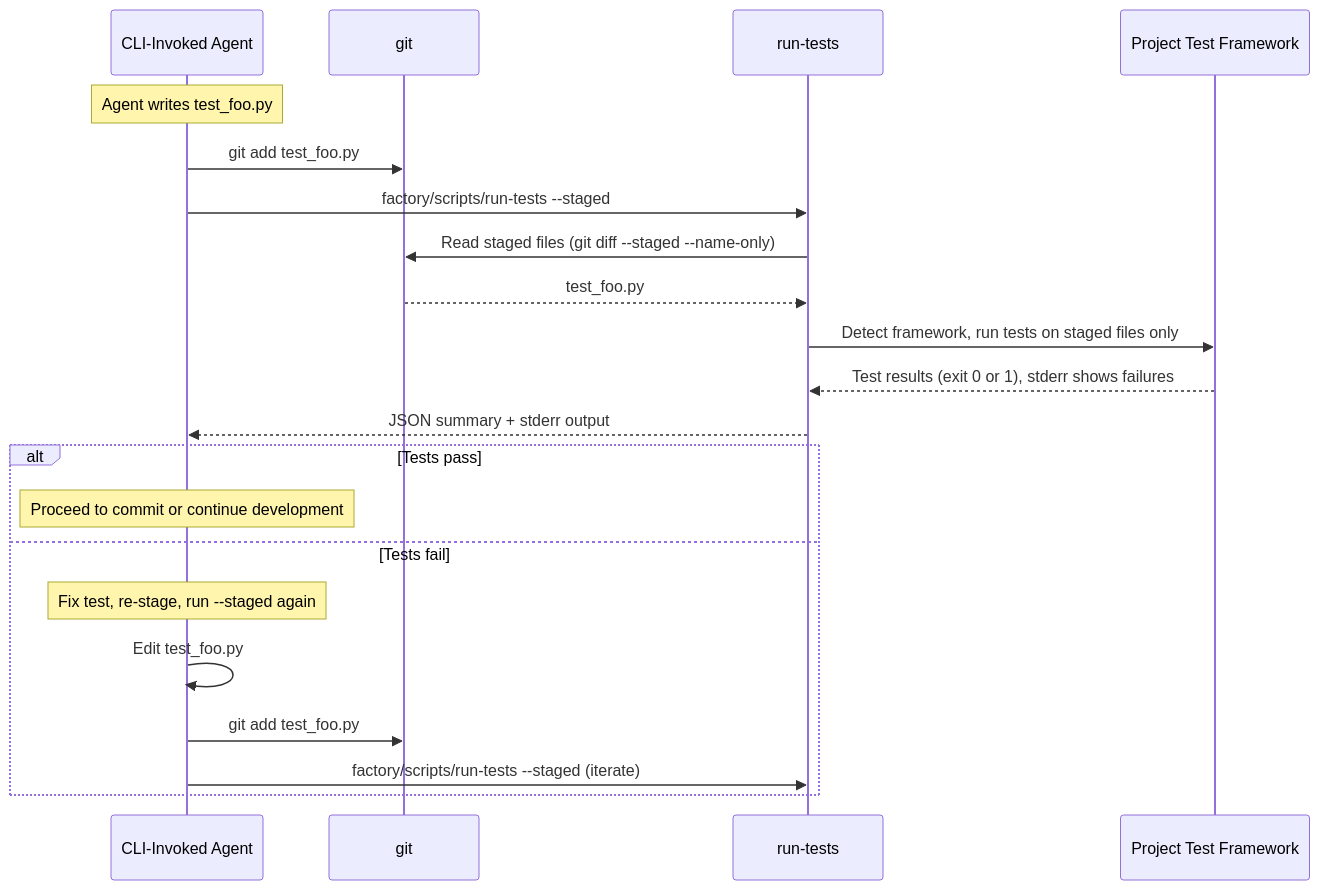
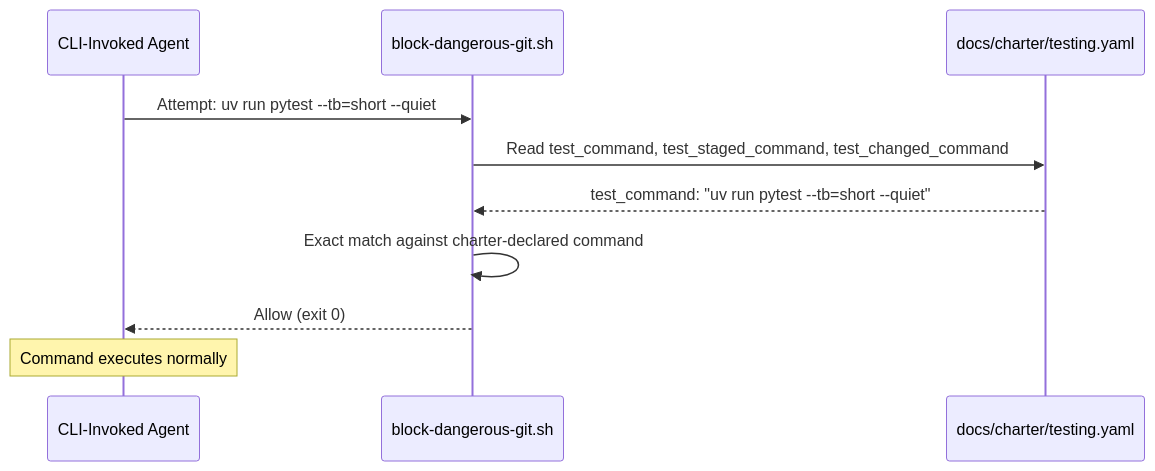
One commit to matthiasdaues/agent_factory changed the second of 6 diagrams in docs/arc42/06_runtime_view.md. Above: the diagram before and after it, drawn with Mermaid. The commit also changed other lines of this file and 23 other files, not shown here.

First line of the commit message:
docs: reconcile spec and architecture against code-as-built

````diff
--- a/docs/arc42/06_runtime_view.md
+++ b/docs/arc42/06_runtime_view.md
@@ -104,24 +48,13 @@
 ```mermaid
 sequenceDiagram
     participant A as CLI-Invoked Agent
-    participant G as git
-    participant RT as run-tests
-    participant P as Project Test Framework
+    participant BDG as block-dangerous-git.sh
+    participant C as docs/charter/testing.yaml
 
-    Note over A: Agent writes test_foo.py
-    A->>G: git add test_foo.py
-    A->>RT: factory/scripts/run-tests --staged
-    RT->>G: Read staged files (git diff --staged --name-only)
-    G-->>RT: test_foo.py
-    RT->>P: Detect framework, run tests on staged files only
-    P-->>RT: Test results (exit 0 or 1), stderr shows failures
-    RT-->>A: JSON summary + stderr output
-    alt Tests pass
-        Note over A: Proceed to commit or continue development
-    else Tests fail
-        Note over A: Fix test, re-stage, run --staged again
-        A->>A: Edit test_foo.py
-        A->>G: git add test_foo.py
-        A->>RT: factory/scripts/run-tests --staged (iterate)
-    end
+    A->>BDG: Attempt: uv run pytest --tb=short --quiet
+    BDG->>C: Read test_command, test_staged_command, test_changed_command
+    C-->>BDG: test_command: "uv run pytest --tb=short --quiet"
+    BDG->>BDG: Exact match against charter-declared command
+    BDG-->>A: Allow (exit 0)
+    Note over A: Command executes normally
 ```
````
